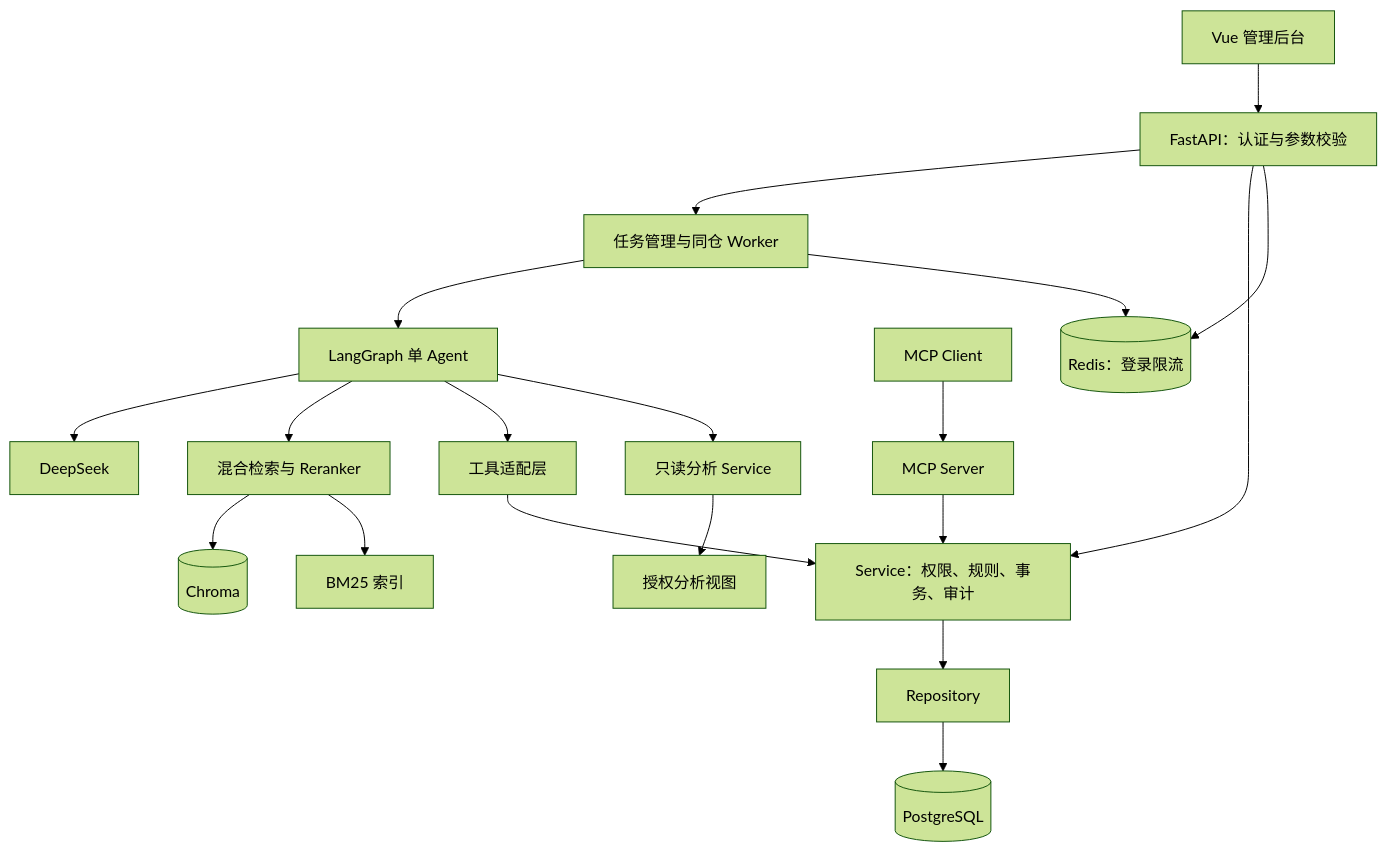
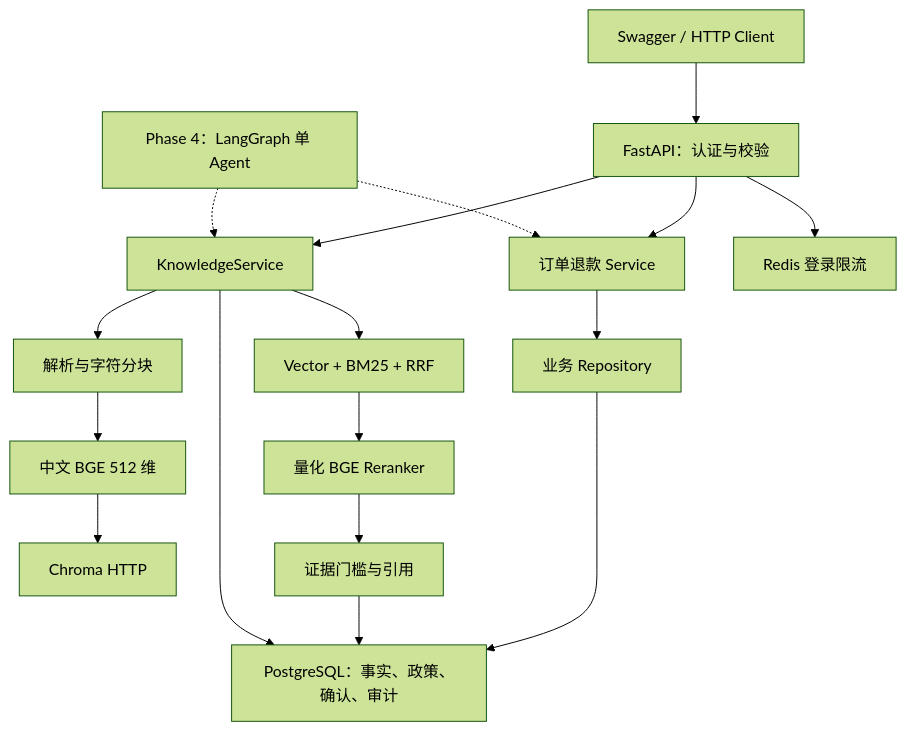
The diagram in README.md (zjhwwwl/EnterpriseAgent), drawn with Mermaid (forest theme) before and after one commit. The commit also changed other lines of this file and 64 other files, not shown here.

Commit message:
feat: implement Phase 3 knowledge retrieval and evaluation

````diff
--- a/README.md
+++ b/README.md
@@ -35,21 +24,21 @@
 ```mermaid
 flowchart TD
-    UI[Vue 管理后台] --> API[FastAPI：认证与参数校验]
-    API --> TASK[任务管理与同仓 Worker]
-    TASK --> GRAPH[LangGraph 单 Agent]
-    GRAPH --> MODEL[DeepSeek]
-    GRAPH --> RAG[混合检索与 Reranker]
-    GRAPH --> TOOLS[工具适配层]
-    API --> SERVICE[Service：权限、规则、事务、审计]
-    TOOLS --> SERVICE
-    CLIENT[MCP Client] --> MCP[MCP Server]
-    MCP --> SERVICE
-    SERVICE --> REPO[Repository]
-    REPO --> PG[(PostgreSQL)]
-    RAG --> CHROMA[(Chroma)]
-    RAG --> BM25[BM25 索引]
-    GRAPH --> ANALYTICS[只读分析 Service]
-    ANALYTICS --> VIEWS[授权分析视图]
-    API --> REDIS[(Redis：登录限流)]
-    TASK --> REDIS
+    CLIENT["Swagger / HTTP Client"] --> API["FastAPI：认证与校验"]
+    API --> BIZ["订单退款 Service"]
+    BIZ --> REPO["业务 Repository"]
+    REPO --> PG["PostgreSQL：事实、政策、确认、审计"]
+
+    API --> KB["KnowledgeService"]
+    KB --> PARSE["解析与字符分块"]
+    PARSE --> EMBED["中文 BGE 512 维"]
+    EMBED --> CHROMA["Chroma HTTP"]
+    KB --> HYBRID["Vector + BM25 + RRF"]
+    HYBRID --> RERANK["量化 BGE Reranker"]
+    RERANK --> EVIDENCE["证据门槛与引用"]
+    EVIDENCE --> PG
+    KB --> PG
+    API --> REDIS["Redis 登录限流"]
+
+    FUTURE["Phase 4：LangGraph 单 Agent"] -.-> BIZ
+    FUTURE -.-> KB
 ```
````
